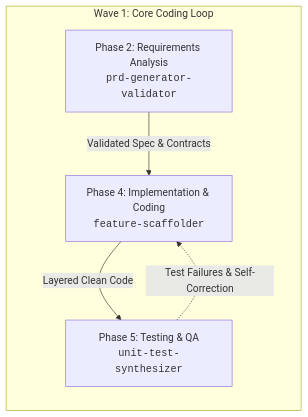
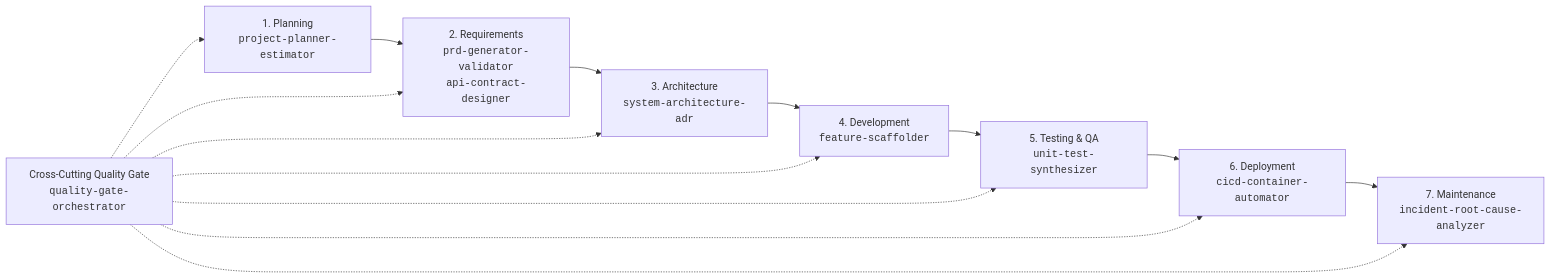
The diagram in README.md (OpenYantra/SkillForgeAI), drawn with Mermaid before and after one commit. The commit also changed other lines of this file and 21 other files, not shown here.

Commit message:
feat(skills): implement complete 7-phase SDLC skills library with quality gate orchestrator

````diff
--- a/README.md
+++ b/README.md
@@ -11,12 +9,13 @@
 ```mermaid
 flowchart LR
-    subgraph Wave1 ["Wave 1: Core Coding Loop"]
-        P2["Phase 2: Requirements Analysis<br/><code>prd-generator-validator</code>"]
-        P4["Phase 4: Implementation & Coding<br/><code>feature-scaffolder</code>"]
-        P5["Phase 5: Testing & QA<br/><code>unit-test-synthesizer</code>"]
+    P1["1. Planning<br/><code>project-planner-estimator</code>"]
+    --> P2["2. Requirements<br/><code>prd-generator-validator</code><br/><code>api-contract-designer</code>"]
+    --> P3["3. Architecture<br/><code>system-architecture-adr</code>"]
+    --> P4["4. Development<br/><code>feature-scaffolder</code>"]
+    --> P5["5. Testing & QA<br/><code>unit-test-synthesizer</code>"]
+    --> P6["6. Deployment<br/><code>cicd-container-automator</code>"]
+    --> P7["7. Maintenance<br/><code>incident-root-cause-analyzer</code>"]
 
-        P2 -->|Validated Spec & Contracts| P4
-        P4 -->|Layered Clean Code| P5
-        P5 -.->|Test Failures & Self-Correction| P4
-    end
+    QG["Cross-Cutting Quality Gate<br/><code>quality-gate-orchestrator</code>"]
+    QG -.-> P1 & P2 & P3 & P4 & P5 & P6 & P7
 ```
````
